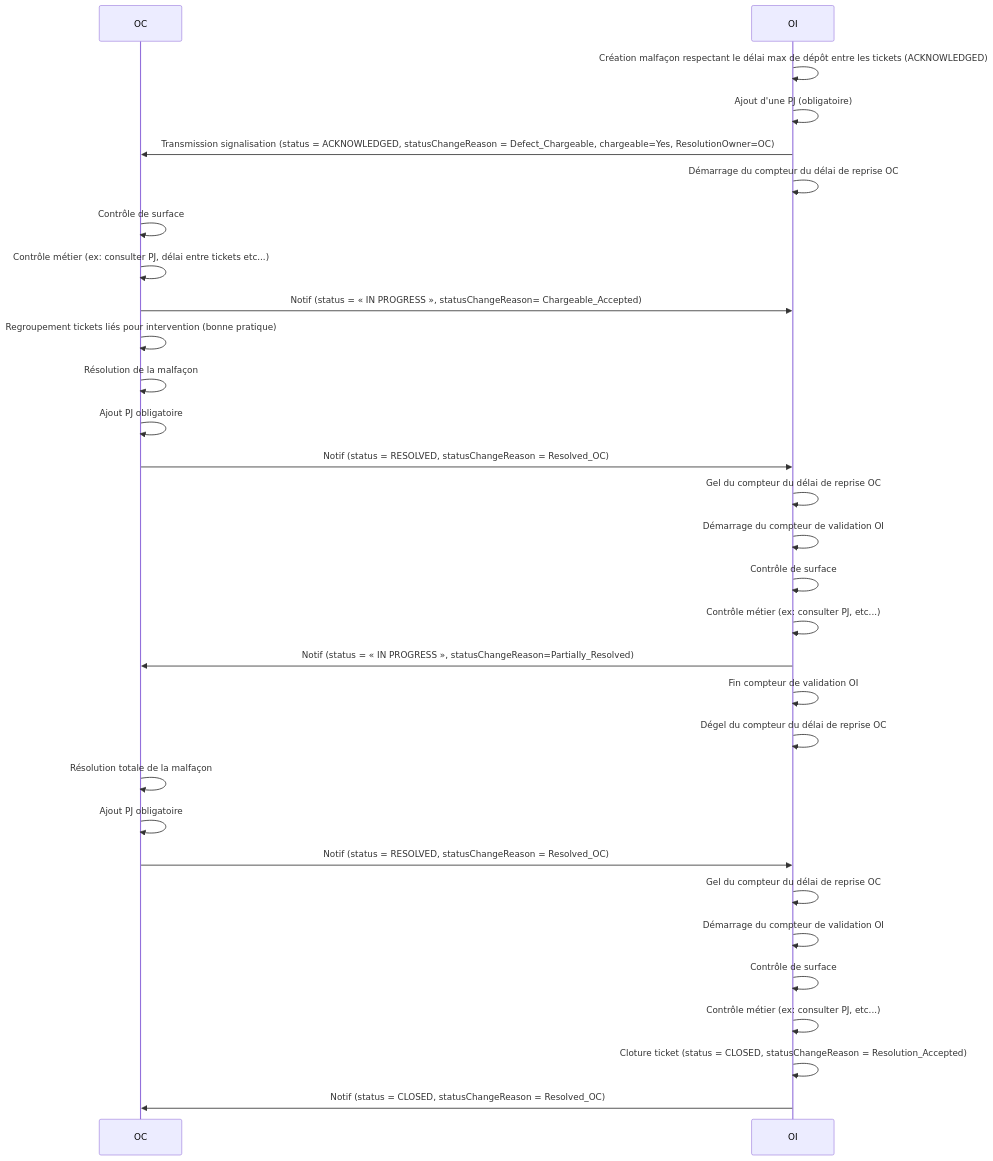
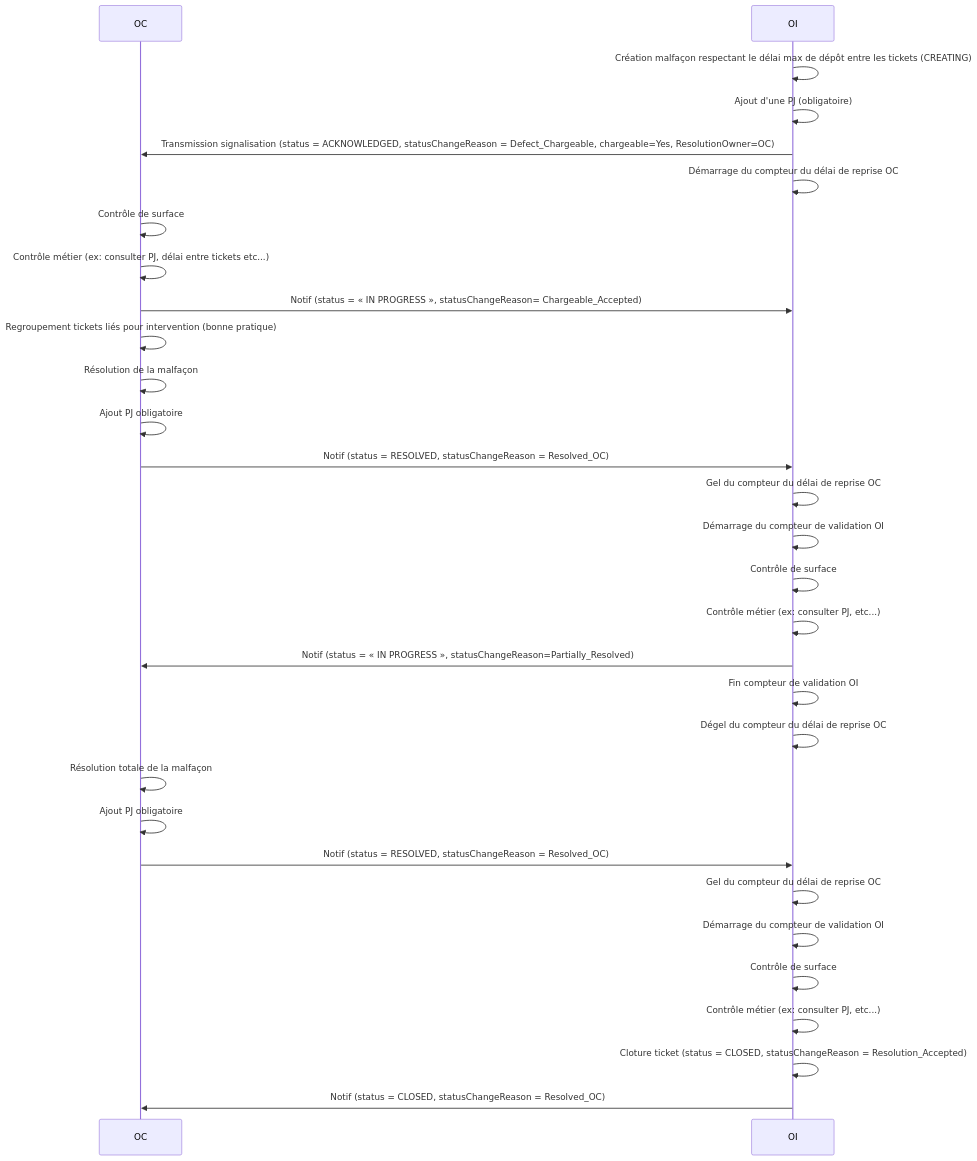
One commit to before-interop/malfacon changed the ninth of 12 diagrams in README.md. Above: the diagram before and after it, drawn with Mermaid. The commit also changed other lines of this file and 5 other files, not shown here.

````diff
--- a/README.md
+++ b/README.md
@@ -490,35 +535,35 @@
 ```mermaid
 sequenceDiagram
 
   participant OC
   participant OI
 
 
-  OI->>OI: Création malfaçon respectant le délai max de dépôt entre les tickets (ACKNOWLEDGED)
+  OI->>OI: Création malfaçon respectant le délai max de dépôt entre les tickets (CREATING)
   OI->>OI: Ajout d'une PJ (obligatoire)
   OI->>OC: Transmission signalisation (status = ACKNOWLEDGED, statusChangeReason = Defect_Chargeable, chargeable=Yes, ResolutionOwner=OC)
   OI->>OI: Démarrage du compteur du délai de reprise OC
   OC->>OC: Contrôle de surface
   OC->>OC: Contrôle métier (ex: consulter PJ, délai entre tickets etc...)
-  OC->>OI: Notif (status = « IN PROGRESS », statusChangeReason= Chargeable_Accepted)
+  OC->>OI: Notif (status = « IN PROGRESS », statusChangeReason= Chargeable_Accepted)
   OC->>OC: Regroupement tickets liés pour intervention (bonne pratique)
   OC->>OC: Résolution de la malfaçon
   OC->>OC: Ajout PJ obligatoire
   OC->>OI: Notif (status = RESOLVED, statusChangeReason = Resolved_OC)
   OI->>OI: Gel du compteur du délai de reprise OC
   OI->>OI: Démarrage du compteur de validation OI
   OI->>OI: Contrôle de surface
   OI->>OI: Contrôle métier (ex: consulter PJ, etc...)
-  OI->>OC: Notif (status = « IN PROGRESS », statusChangeReason=Partially_Resolved)
+  OI->>OC: Notif (status = « IN PROGRESS », statusChangeReason=Partially_Resolved)
   OI->>OI: Fin compteur de validation OI
   OI->>OI: Dégel du compteur du délai de reprise OC
   OC->>OC: Résolution totale de la malfaçon
   OC->>OC: Ajout PJ obligatoire
   OC->>OI: Notif (status = RESOLVED, statusChangeReason = Resolved_OC)
   OI->>OI: Gel du compteur du délai de reprise OC
   OI->>OI: Démarrage du compteur de validation OI
   OI->>OI: Contrôle de surface
   OI->>OI: Contrôle métier (ex: consulter PJ, etc...)
   OI->>OI: Cloture ticket (status = CLOSED, statusChangeReason = Resolution_Accepted)
   OI->>OC: Notif (status = CLOSED, statusChangeReason = Resolved_OC)
 ```
````
